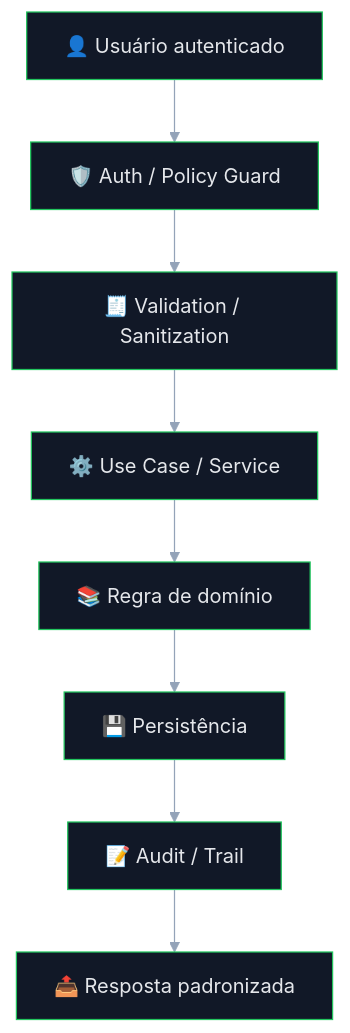
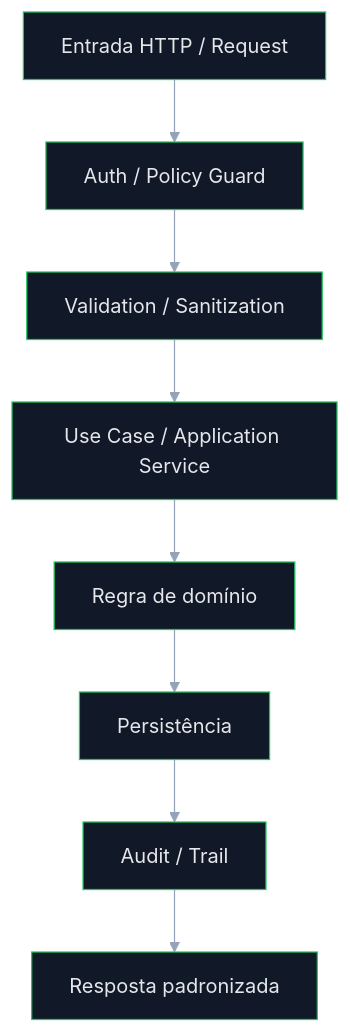
The fifth of 11 diagrams in README.md (matheusdiamantino-betalent/IA), drawn with Mermaid before and after one commit. The commit also changed other lines of this file, not shown here.

````diff
--- a/README.md
+++ b/README.md
@@ -945,24 +799,24 @@
 ```mermaid
 %%{init: {
   "theme": "base",
   "themeVariables": {
     "background": "#0b1220",
     "primaryColor": "#111827",
     "primaryTextColor": "#e5e7eb",
     "primaryBorderColor": "#22c55e",
     "secondaryColor": "#0f172a",
     "secondaryTextColor": "#e5e7eb",
     "tertiaryColor": "#111827",
     "tertiaryTextColor": "#e5e7eb",
     "lineColor": "#94a3b8"
   }
 }}%%
 flowchart TD
-    A["👤 Usuário autenticado"] --> B["🛡️ Auth / Policy Guard"]
-    B --> C["🧾 Validation / Sanitization"]
-    C --> D["⚙️ Use Case / Service"]
-    D --> E["📚 Regra de domínio"]
-    E --> F["💾 Persistência"]
-    F --> G["📝 Audit / Trail"]
-    G --> H["📤 Resposta padronizada"]
+    A["Entrada HTTP / Request"] --> B["Auth / Policy Guard"]
+    B --> C["Validation / Sanitization"]
+    C --> D["Use Case / Application Service"]
+    D --> E["Regra de domínio"]
+    E --> F["Persistência"]
+    F --> G["Audit / Trail"]
+    G --> H["Resposta padronizada"]
 ```
````
